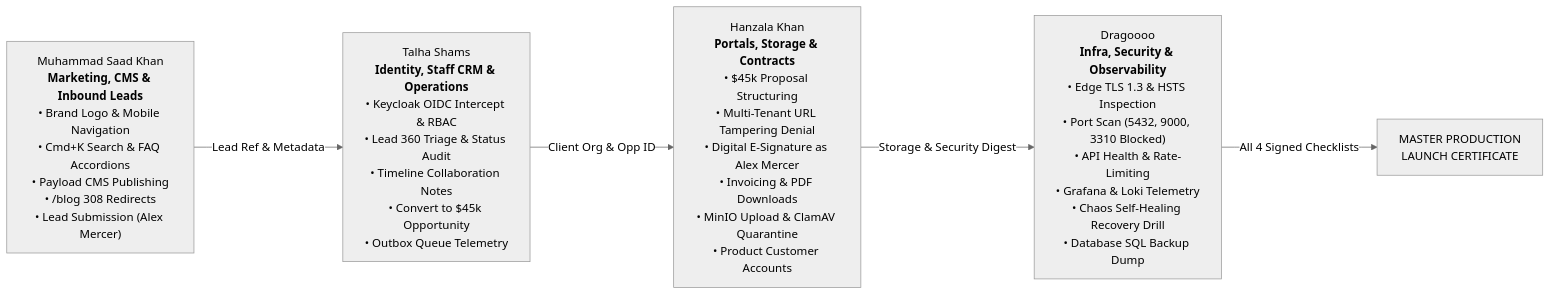
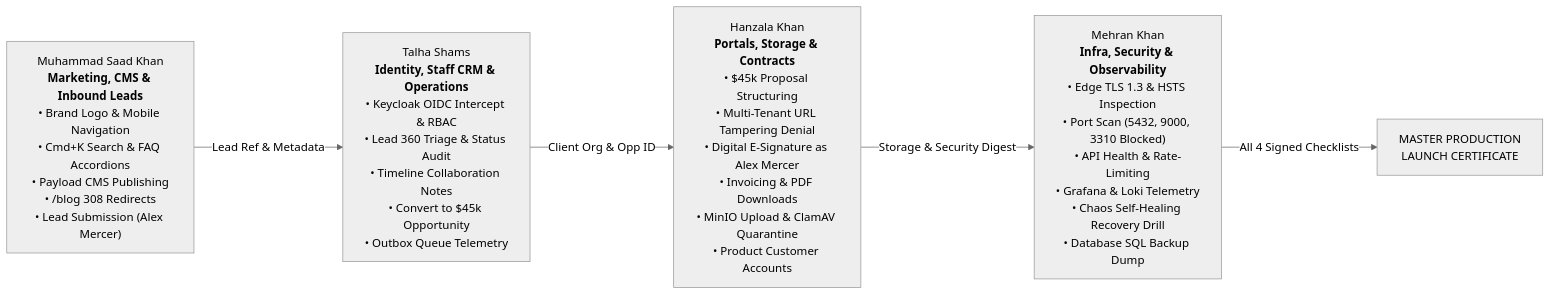
Before and after one commit to saadkhan2003/stack_and_scale: the diagram in docs/qa/README.md, drawn with Mermaid (neutral theme). The commit also changed other lines of this file and 4 other files, not shown here.

Commit message:
docs(qa): update Dragoooo to Mehran Khan and reflect purged dummy accounts

````diff
--- a/docs/qa/README.md
+++ b/docs/qa/README.md
@@ -17,8 +17,8 @@
 ```mermaid
 flowchart LR
     M1["Muhammad Saad Khan<br/><b>Marketing, CMS & Inbound Leads</b><br/>• Brand Logo & Mobile Navigation<br/>• Cmd+K Search & FAQ Accordions<br/>• Payload CMS Publishing<br/>• /blog 308 Redirects<br/>• Lead Submission (Alex Mercer)"]
     --> |"Lead Ref & Metadata"| M2["Talha Shams<br/><b>Identity, Staff CRM & Operations</b><br/>• Keycloak OIDC Intercept & RBAC<br/>• Lead 360 Triage & Status Audit<br/>• Timeline Collaboration Notes<br/>• Convert to $45k Opportunity<br/>• Outbox Queue Telemetry"]
     --> |"Client Org & Opp ID"| M3["Hanzala Khan<br/><b>Portals, Storage & Contracts</b><br/>• $45k Proposal Structuring<br/>• Multi-Tenant URL Tampering Denial<br/>• Digital E-Signature as Alex Mercer<br/>• Invoicing & PDF Downloads<br/>• MinIO Upload & ClamAV Quarantine<br/>• Product Customer Accounts"]
-    --> |"Storage & Security Digest"| M4["Dragoooo<br/><b>Infra, Security & Observability</b><br/>• Edge TLS 1.3 & HSTS Inspection<br/>• Port Scan (5432, 9000, 3310 Blocked)<br/>• API Health & Rate-Limiting<br/>• Grafana & Loki Telemetry<br/>• Chaos Self-Healing Recovery Drill<br/>• Database SQL Backup Dump"]
+    --> |"Storage & Security Digest"| M4["Mehran Khan<br/><b>Infra, Security & Observability</b><br/>• Edge TLS 1.3 & HSTS Inspection<br/>• Port Scan (5432, 9000, 3310 Blocked)<br/>• API Health & Rate-Limiting<br/>• Grafana & Loki Telemetry<br/>• Chaos Self-Healing Recovery Drill<br/>• Database SQL Backup Dump"]
     --> |"All 4 Signed Checklists"| GO["MASTER PRODUCTION<br/>LAUNCH CERTIFICATE"]
 ```
````
